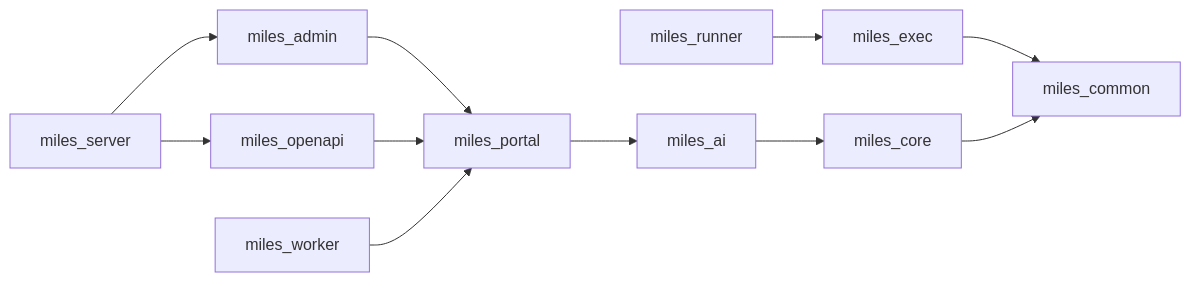
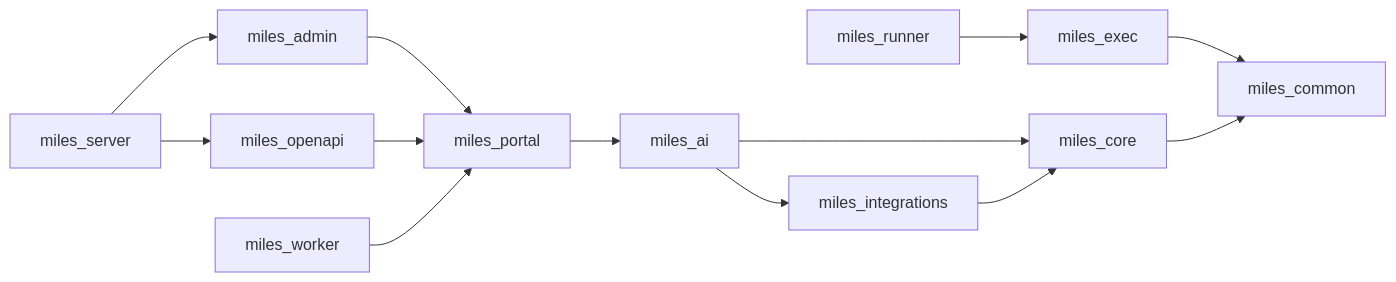
The second of 2 diagrams in docs/architecture/layering.md (miles-ai-saas/MilesAi), drawn with Mermaid before and after one commit. The commit also changed other lines of this file and 14 other files, not shown here.

````diff
--- a/docs/architecture/layering.md
+++ b/docs/architecture/layering.md
@@ -122,24 +123,27 @@
 ```mermaid
 flowchart LR
     common[miles_common]
     exec[miles_exec]
     core[miles_core]
     ai[miles_ai]
+    integrations[miles_integrations]
     portal[miles_portal]
     admin[miles_admin]
     openapi[miles_openapi]
     server[miles_server]
     worker[miles_worker]
     runner[miles_runner]
 
     exec --> common
     core --> common
+    ai --> integrations
     ai --> core
+    integrations --> core
     portal --> ai
     admin --> portal
     openapi --> portal
     server --> openapi
     server --> admin
     worker --> portal
     runner --> exec
 ```
````
